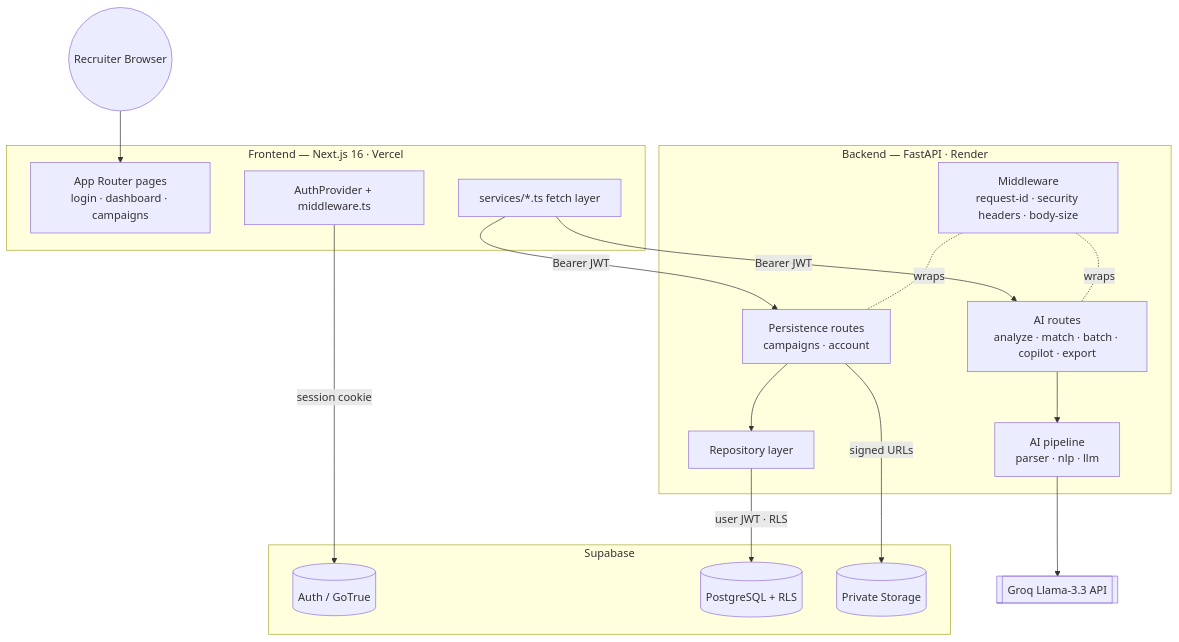
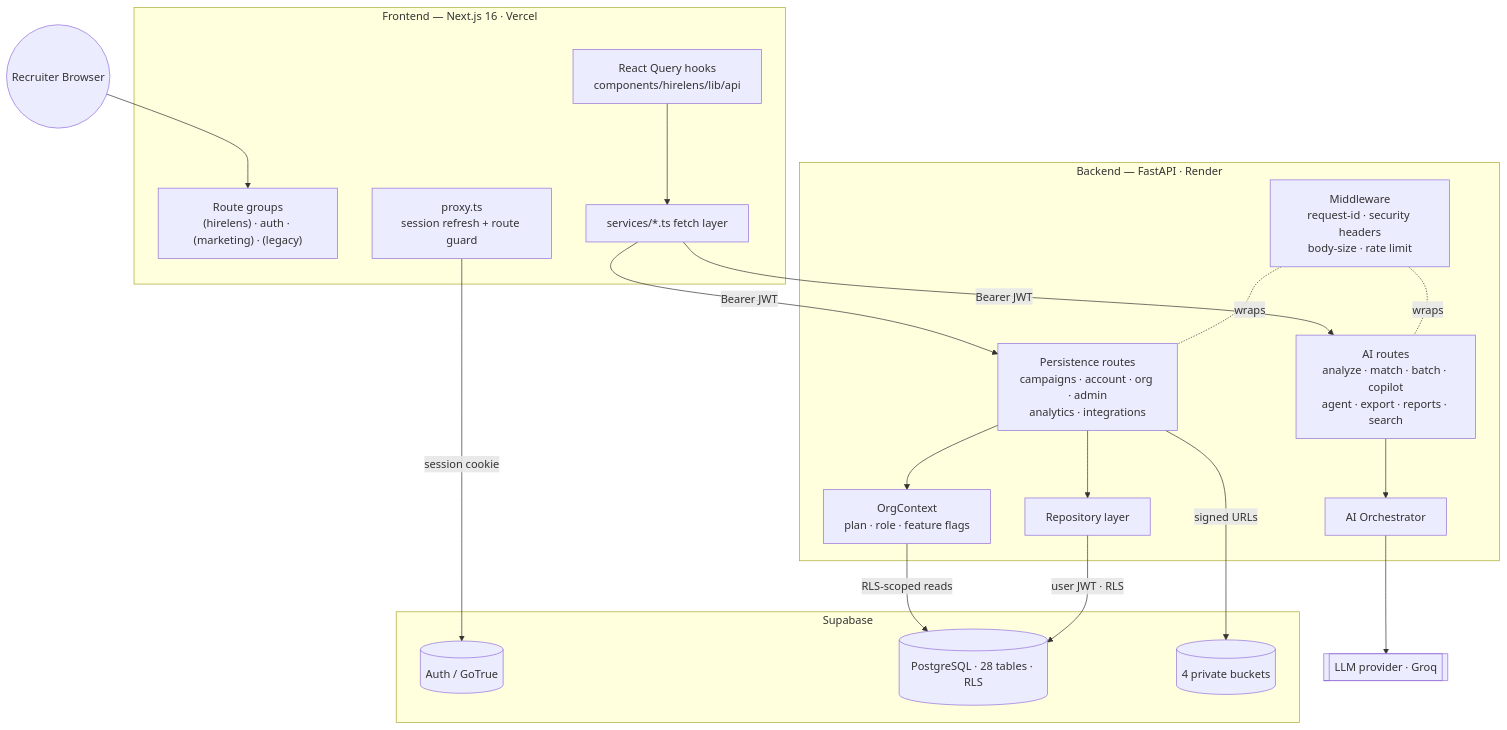
The first of 4 diagrams in docs/ARCHITECTURE.md (ShrijalGoswami/Resume-Parser), drawn with Mermaid before and after one commit. The commit also changed other lines of this file and 103 other files, not shown here.

````diff
--- a/docs/ARCHITECTURE.md
+++ b/docs/ARCHITECTURE.md
@@ -17,38 +33,43 @@
 ```mermaid
 graph TD
     Client((Recruiter Browser))
 
     subgraph FE [Frontend — Next.js 16 · Vercel]
-        Pages[App Router pages<br/>login · dashboard · campaigns]
-        Auth[AuthProvider + middleware.ts]
-        APIc[services/*.ts fetch layer]
+        Groups["Route groups<br/>(hirelens) · auth · (marketing) · (legacy)"]
+        Proxy["proxy.ts<br/>session refresh + route guard"]
+        Query[React Query hooks<br/>components/hirelens/lib/api]
+        Svc[services/*.ts fetch layer]
     end
 
     subgraph BE [Backend — FastAPI · Render]
-        MW[Middleware<br/>request-id · security headers · body-size]
-        AIroutes[AI routes<br/>analyze · match · batch · copilot · export]
-        Persist[Persistence routes<br/>campaigns · account]
+        MW["Middleware<br/>request-id · security headers<br/>body-size · rate limit"]
+        Org["OrgContext<br/>plan · role · feature flags"]
+        AIroutes["AI routes<br/>analyze · match · batch · copilot<br/>agent · export · reports · search"]
+        Persist["Persistence routes<br/>campaigns · account · org · admin<br/>analytics · integrations"]
         Repos[Repository layer]
-        Pipe[AI pipeline<br/>parser · nlp · llm]
+        Orch[AI Orchestrator]
     end
 
     subgraph SB [Supabase]
         AuthS[(Auth / GoTrue)]
-        DB[(PostgreSQL + RLS)]
-        Store[(Private Storage)]
+        DB[("PostgreSQL · 28 tables · RLS")]
+        Store[(4 private buckets)]
     end
 
-    Groq[[Groq Llama-3.3 API]]
+    Groq[[LLM provider · Groq]]
 
-    Client --> Pages
-    Auth -->|session cookie| AuthS
-    APIc -->|Bearer JWT| AIroutes
-    APIc -->|Bearer JWT| Persist
-    AIroutes --> Pipe
-    Pipe --> Groq
+    Client --> Groups
+    Proxy -->|session cookie| AuthS
+    Svc -->|Bearer JWT| AIroutes
+    Svc -->|Bearer JWT| Persist
+    Query --> Svc
+    Persist --> Org
+    Org -->|RLS-scoped reads| DB
+    AIroutes --> Orch
+    Orch --> Groq
     Persist --> Repos
     Repos -->|user JWT · RLS| DB
     Persist -->|signed URLs| Store
     MW -.wraps.- AIroutes
     MW -.wraps.- Persist
 ```
````
